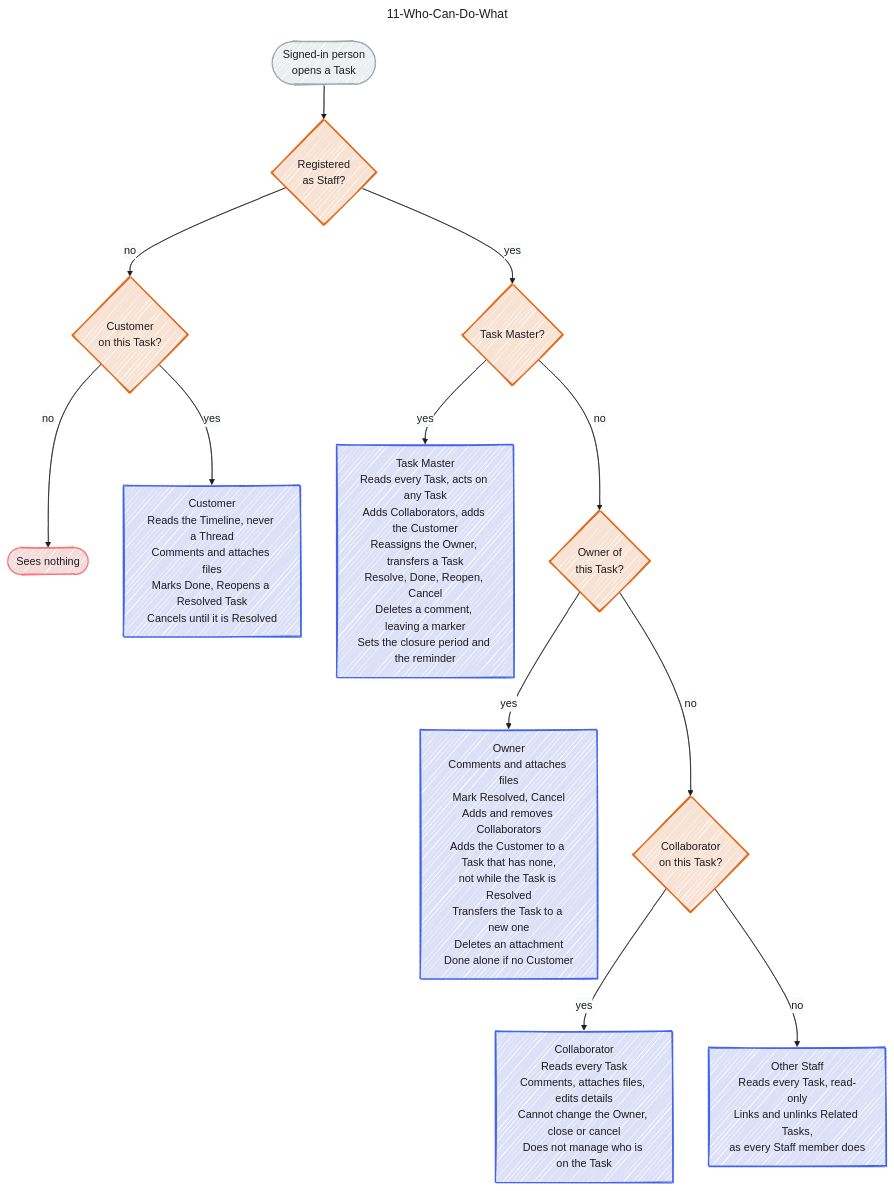
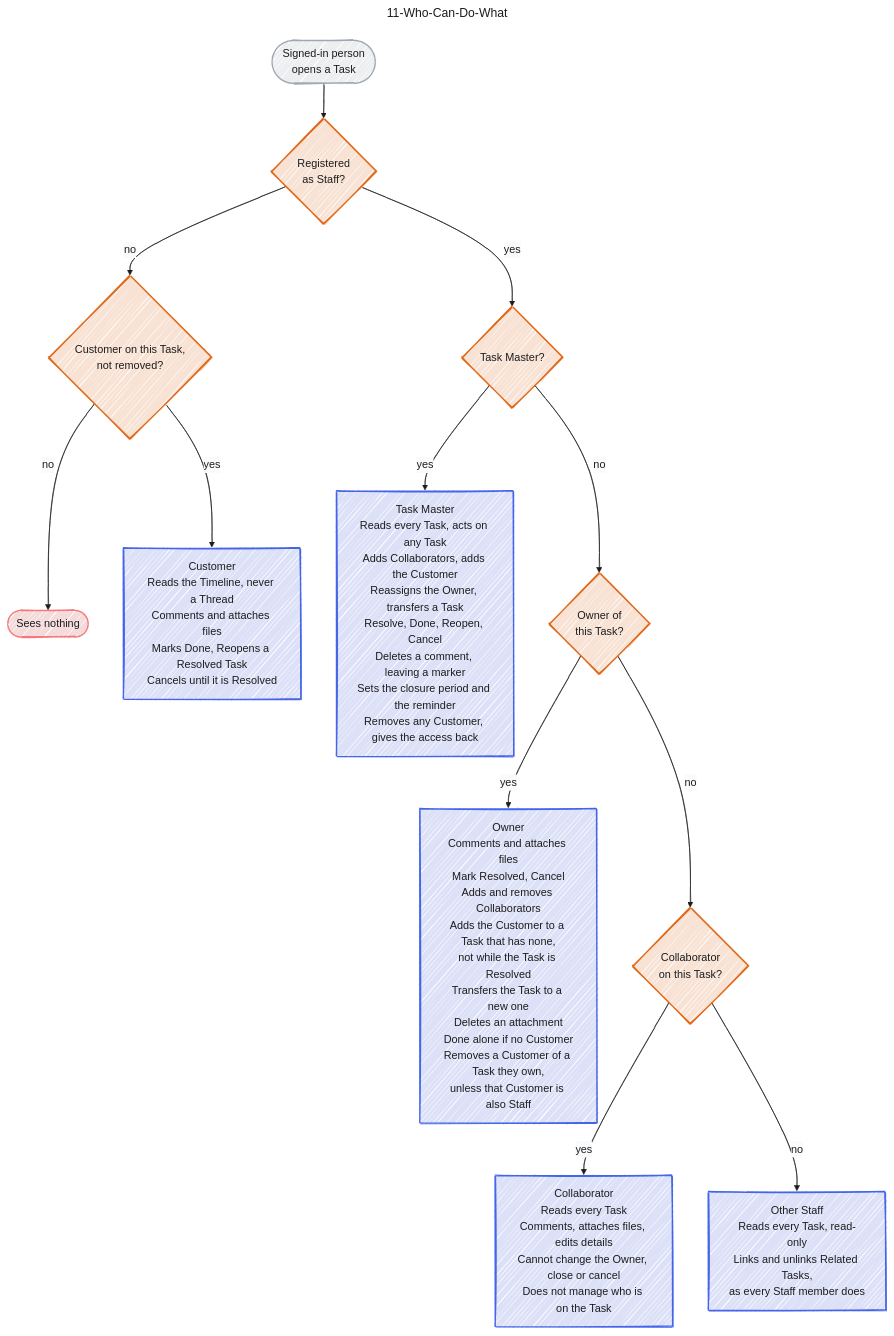
One commit to jedt3d/tasuku changed the diagram in docs/diagram/11-Who-Can-Do-What.md. Above: the diagram before and after it, drawn with Mermaid. The commit also changed other lines of this file and 5 other files, not shown here.

Commit message:
docs: sync the diagrams with removing a Customer (#42)

```diff
--- a/docs/diagram/11-Who-Can-Do-What.md
+++ b/docs/diagram/11-Who-Can-Do-What.md
@@ -80,13 +80,13 @@
 ---
 flowchart TD
   start(["Signed-in person<br/>opens a Task"]):::grey --> isStaff{"Registered<br/>as Staff?"}:::orange
-  isStaff -->|"no"| isCust{"Customer<br/>on this Task?"}:::orange
+  isStaff -->|"no"| isCust{"Customer on this Task,<br/>not removed?"}:::orange
   isCust -->|"no"| none(["Sees nothing"]):::lred
   isCust -->|"yes"| cust["Customer<br/>Reads the Timeline, never a Thread<br/>Comments and attaches files<br/>Marks Done, Reopens a Resolved Task<br/>Cancels until it is Resolved"]:::blue
   isStaff -->|"yes"| isMaster{"Task Master?"}:::orange
-  isMaster -->|"yes"| master["Task Master<br/>Reads every Task, acts on any Task<br/>Adds Collaborators, adds the Customer<br/>Reassigns the Owner, transfers a Task<br/>Resolve, Done, Reopen, Cancel<br/>Deletes a comment, leaving a marker<br/>Sets the closure period and the reminder"]:::blue
+  isMaster -->|"yes"| master["Task Master<br/>Reads every Task, acts on any Task<br/>Adds Collaborators, adds the Customer<br/>Reassigns the Owner, transfers a Task<br/>Resolve, Done, Reopen, Cancel<br/>Deletes a comment, leaving a marker<br/>Sets the closure period and the reminder<br/>Removes any Customer, gives the access back"]:::blue
   isMaster -->|"no"| isOwner{"Owner of<br/>this Task?"}:::orange
-  isOwner -->|"yes"| owner["Owner<br/>Comments and attaches files<br/>Mark Resolved, Cancel<br/>Adds and removes Collaborators<br/>Adds the Customer to a Task that has none,<br/>not while the Task is Resolved<br/>Transfers the Task to a new one<br/>Deletes an attachment<br/>Done alone if no Customer"]:::blue
+  isOwner -->|"yes"| owner["Owner<br/>Comments and attaches files<br/>Mark Resolved, Cancel<br/>Adds and removes Collaborators<br/>Adds the Customer to a Task that has none,<br/>not while the Task is Resolved<br/>Transfers the Task to a new one<br/>Deletes an attachment<br/>Done alone if no Customer<br/>Removes a Customer of a Task they own,<br/>unless that Customer is also Staff"]:::blue
   isOwner -->|"no"| isCollab{"Collaborator<br/>on this Task?"}:::orange
   isCollab -->|"yes"| collab["Collaborator<br/>Reads every Task<br/>Comments, attaches files, edits details<br/>Cannot change the Owner, close or cancel<br/>Does not manage who is on the Task"]:::blue
   isCollab -->|"no"| reader["Other Staff<br/>Reads every Task, read-only<br/>Links and unlinks Related Tasks,<br/>as every Staff member does"]:::blue
```
